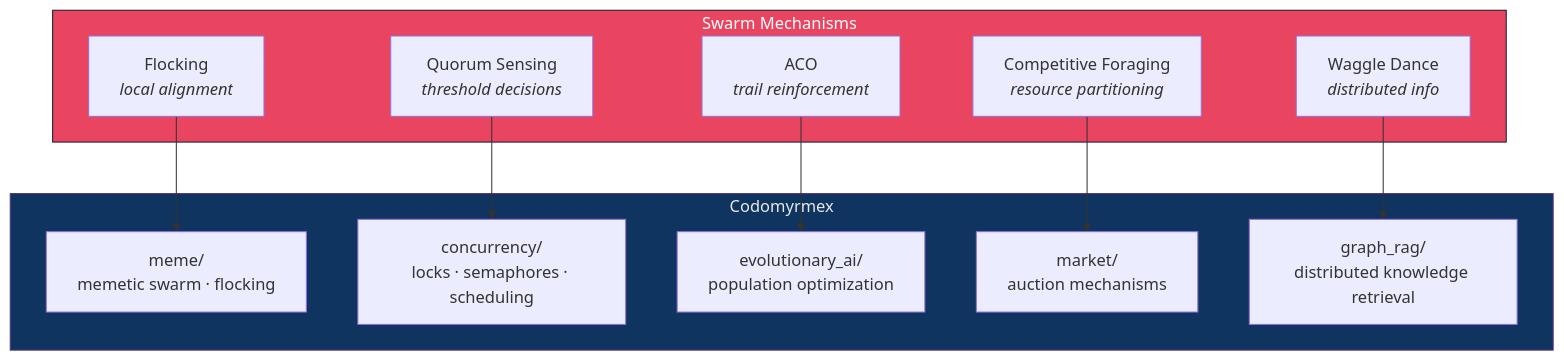
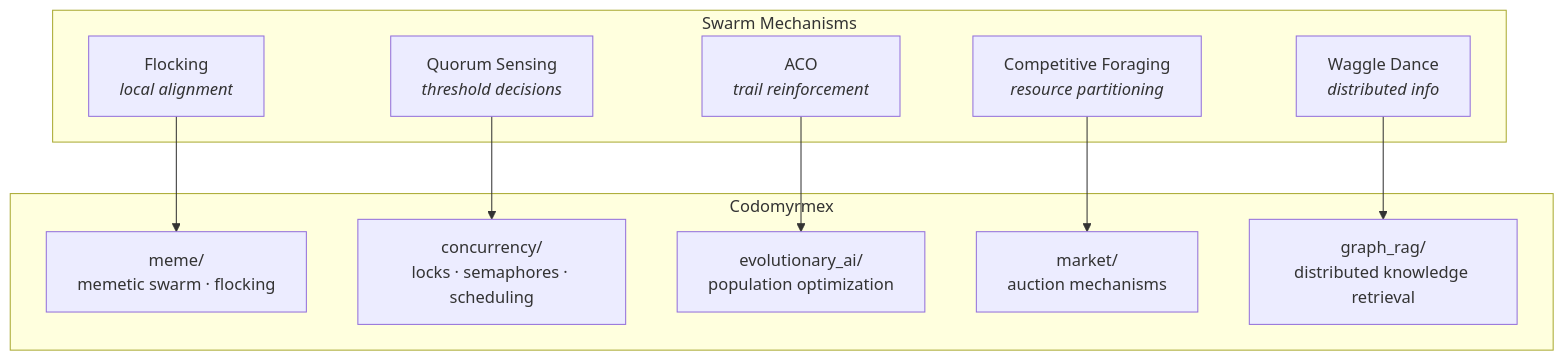
The third of 3 diagrams in docs/bio/swarm_intelligence.md (docxology/codomyrmex), drawn with Mermaid before and after one commit. The commit also changed other lines of this file and 86 other files, not shown here.

````diff
--- a/docs/bio/swarm_intelligence.md
+++ b/docs/bio/swarm_intelligence.md
@@ -83,27 +78,24 @@
 ```mermaid
 graph TB
     subgraph SWARM["Swarm Mechanisms"]
         ACO_M["ACO<br/><i>trail reinforcement</i>"]
         QUORUM["Quorum Sensing<br/><i>threshold decisions</i>"]
         FLOCK_M["Flocking<br/><i>local alignment</i>"]
         WAGGLE["Waggle Dance<br/><i>distributed info</i>"]
         FORAGE["Competitive Foraging<br/><i>resource partitioning</i>"]
     end
 
     subgraph MODULES["Codomyrmex"]
         MEME["meme/<br/>memetic swarm · flocking"]
         CONC["concurrency/<br/>locks · semaphores · scheduling"]
         EVOL["evolutionary_ai/<br/>population optimization"]
         MARKET["market/<br/>auction mechanisms"]
         GRAG["graph_rag/<br/>distributed knowledge retrieval"]
     end
 
     ACO_M --> EVOL
     QUORUM --> CONC
     FLOCK_M --> MEME
     WAGGLE --> GRAG
     FORAGE --> MARKET
-
-    style SWARM fill:#e94560,stroke:#1a1a2e,color:#fff
-    style MODULES fill:#0f3460,stroke:#533483,color:#e8e8e8
 ```
````
